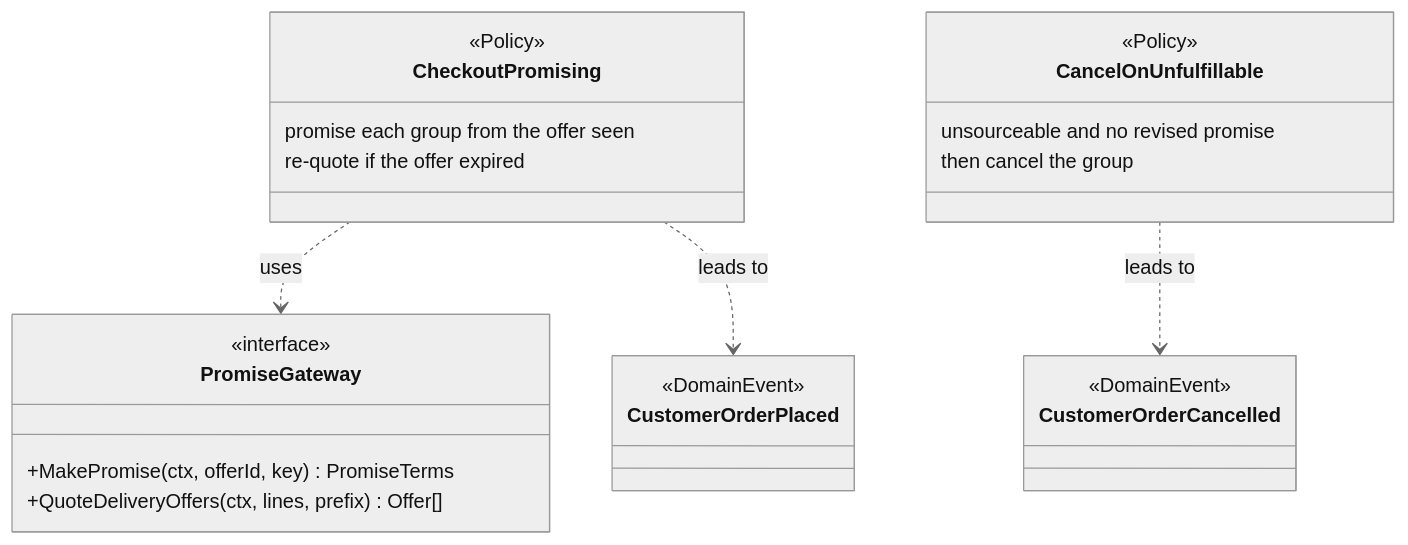
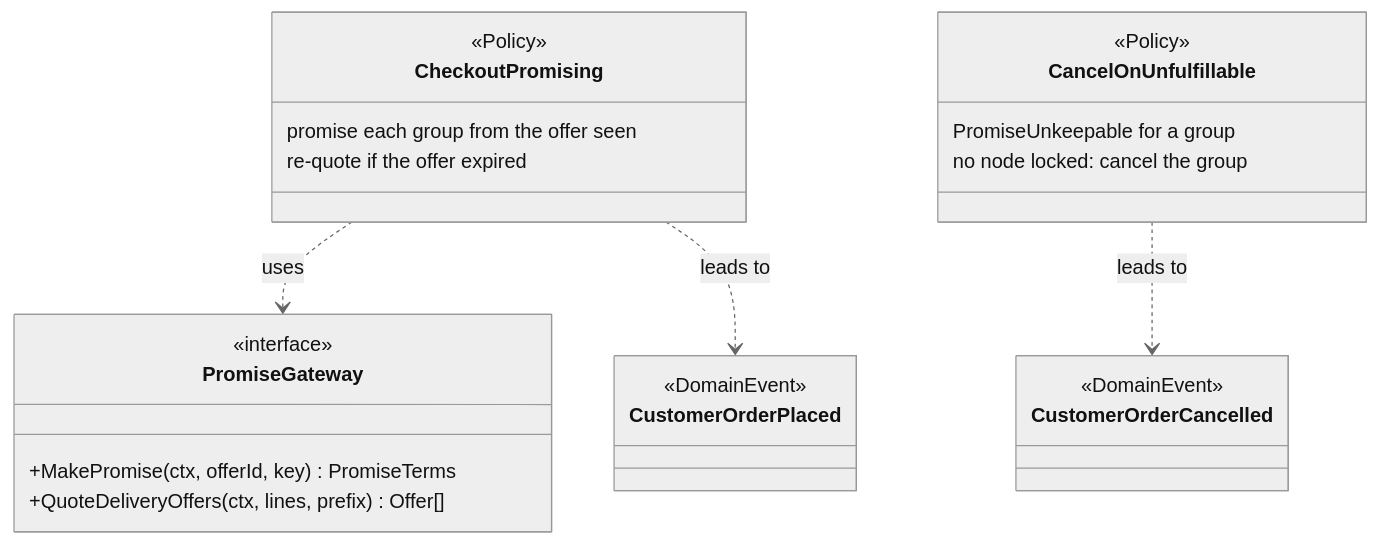
Before and after one commit to IQVO/warehouse-docs: the fourth of 5 diagrams in network/docs/contexts/customer-ordering/class-diagram.md, drawn with Mermaid (neutral theme). The commit also changed other lines of this file and 11 other files, not shown here.

Commit message:
docs(network): customer-ordering pack and model follow the repo (A9 shopper check, derived status, cancel request, slugs, PromiseUnkeepable)

````diff
--- a/network/docs/contexts/customer-ordering/class-diagram.md
+++ b/network/docs/contexts/customer-ordering/class-diagram.md
@@ -191,28 +212,28 @@
 ```mermaid
 classDiagram
     direction TB
     class CheckoutPromising {
         <<Policy>>
         promise each group from the offer seen
         re-quote if the offer expired
     }
     class CancelOnUnfulfillable {
         <<Policy>>
-        unsourceable and no revised promise
-        then cancel the group
+        PromiseUnkeepable for a group
+        no node locked: cancel the group
     }
     class PromiseGateway {
         <<interface>>
         +MakePromise(ctx, offerId, key) PromiseTerms
         +QuoteDeliveryOffers(ctx, lines, prefix) Offer[]
     }
     class CustomerOrderPlaced {
         <<DomainEvent>>
     }
     class CustomerOrderCancelled {
         <<DomainEvent>>
     }
     CheckoutPromising ..> PromiseGateway : uses
     CheckoutPromising ..> CustomerOrderPlaced : leads to
     CancelOnUnfulfillable ..> CustomerOrderCancelled : leads to
 ```
````
